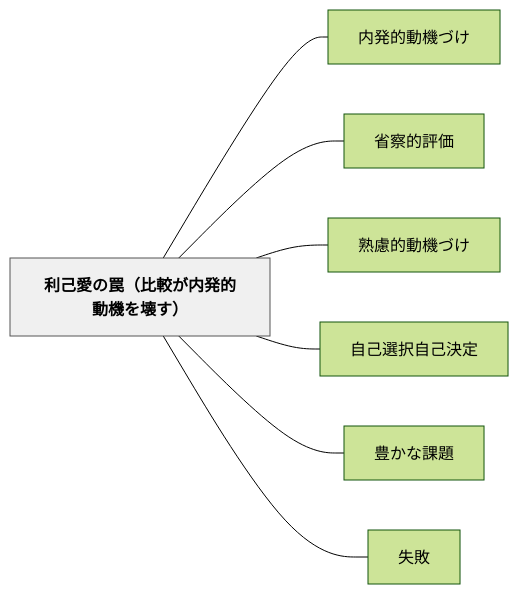
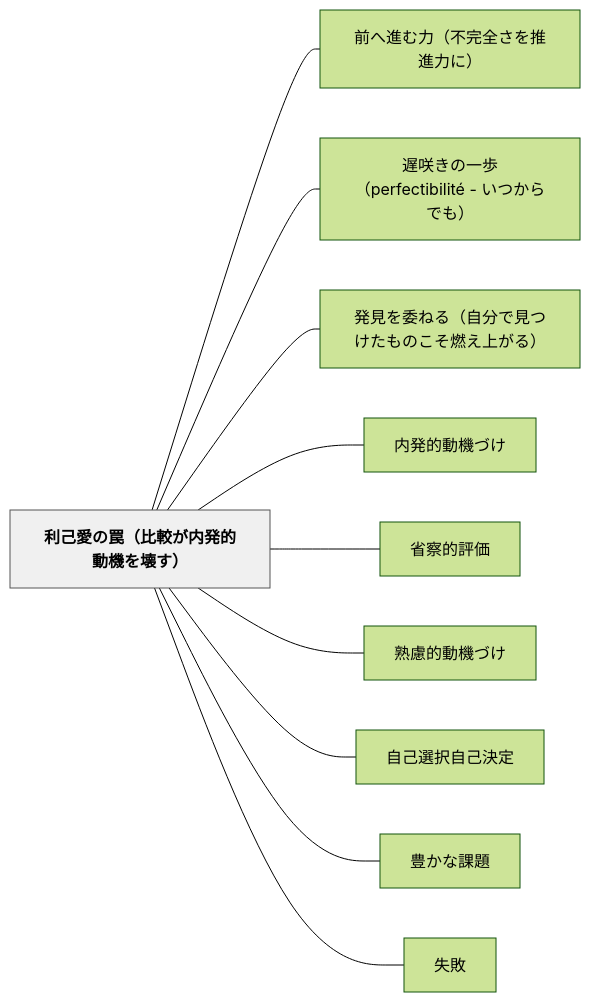
The diagram in content/パタン/利己愛の罠（比較が内発的動機を壊す）.md (unknownthings-ed-patterns/unknownthings-ed-patterns), drawn with Mermaid (forest theme) before and after one commit. The commit also changed other lines of this file and 185 other files, not shown here.

````diff
--- a/content/パタン/利己愛の罠（比較が内発的動機を壊す）.md
+++ b/content/パタン/利己愛の罠（比較が内発的動機を壊す）.md
@@ -98,20 +98,26 @@
 ```mermaid
 flowchart LR
     ne588a9e5b7b1e6849be381aee7bda0efbc88e6af94e8bc83e3818ce58685e799bae79a84e58b95e6a99fe38292e5a38ae38199efbc89["利己愛の罠（比較が内発的動機を壊す）"]
+    ne5898de381b8e980b2e38280e58a9befbc88e4b88de5ae8ce585a8e38195e38292e68ea8e980b2e58a9be381abefbc89["前へ進む力（不完全さを推進力に）"]
+    ne98185e592b2e3818de381aee4b880e6ada9efbc88706572666563746962696c6974c3a9202d20e38184e381a4e3818be38289e381a7e38282efbc89["遅咲きの一歩（perfectibilité - いつからでも）"]
+    ne799bae8a68be38292e5a794e381ade3828befbc88e887aae58886e381a7e8a68be381a4e38191e3819fe38282e381aee38193e3819de78783e38188e4b88ae3818ce3828befbc89["発見を委ねる（自分で見つけたものこそ燃え上がる）"]
     ne58685e799bae79a84e58b95e6a99fe381a5e38191["内発的動機づけ"]
     ne79c81e5af9fe79a84e8a995e4bea1["省察的評価"]
     ne7869fe685aee79a84e58b95e6a99fe381a5e38191["熟慮的動機づけ"]
     ne887aae5b7b1e981b8e68a9ee887aae5b7b1e6b1bae5ae9a["自己選択自己決定"]
     ne8b18ae3818be381aae8aab2e9a18c["豊かな課題"]
     ne5a4b1e69597["失敗"]
 
+    ne588a9e5b7b1e6849be381aee7bda0efbc88e6af94e8bc83e3818ce58685e799bae79a84e58b95e6a99fe38292e5a38ae38199efbc89 --- ne5898de381b8e980b2e38280e58a9befbc88e4b88de5ae8ce585a8e38195e38292e68ea8e980b2e58a9be381abefbc89
+    ne588a9e5b7b1e6849be381aee7bda0efbc88e6af94e8bc83e3818ce58685e799bae79a84e58b95e6a99fe38292e5a38ae38199efbc89 --- ne98185e592b2e3818de381aee4b880e6ada9efbc88706572666563746962696c6974c3a9202d20e38184e381a4e3818be38289e381a7e38282efbc89
+    ne588a9e5b7b1e6849be381aee7bda0efbc88e6af94e8bc83e3818ce58685e799bae79a84e58b95e6a99fe38292e5a38ae38199efbc89 --- ne799bae8a68be38292e5a794e381ade3828befbc88e887aae58886e381a7e8a68be381a4e38191e3819fe38282e381aee38193e3819de78783e38188e4b88ae3818ce3828befbc89
     ne588a9e5b7b1e6849be381aee7bda0efbc88e6af94e8bc83e3818ce58685e799bae79a84e58b95e6a99fe38292e5a38ae38199efbc89 --- ne58685e799bae79a84e58b95e6a99fe381a5e38191
     ne588a9e5b7b1e6849be381aee7bda0efbc88e6af94e8bc83e3818ce58685e799bae79a84e58b95e6a99fe38292e5a38ae38199efbc89 --- ne79c81e5af9fe79a84e8a995e4bea1
     ne588a9e5b7b1e6849be381aee7bda0efbc88e6af94e8bc83e3818ce58685e799bae79a84e58b95e6a99fe38292e5a38ae38199efbc89 --- ne7869fe685aee79a84e58b95e6a99fe381a5e38191
     ne588a9e5b7b1e6849be381aee7bda0efbc88e6af94e8bc83e3818ce58685e799bae79a84e58b95e6a99fe38292e5a38ae38199efbc89 --- ne887aae5b7b1e981b8e68a9ee887aae5b7b1e6b1bae5ae9a
     ne588a9e5b7b1e6849be381aee7bda0efbc88e6af94e8bc83e3818ce58685e799bae79a84e58b95e6a99fe38292e5a38ae38199efbc89 --- ne8b18ae3818be381aae8aab2e9a18c
     ne588a9e5b7b1e6849be381aee7bda0efbc88e6af94e8bc83e3818ce58685e799bae79a84e58b95e6a99fe38292e5a38ae38199efbc89 --- ne5a4b1e69597
 
     classDef hub fill:#f0f0f0,stroke:#555,color:#000,font-weight:bold
     class ne588a9e5b7b1e6849be381aee7bda0efbc88e6af94e8bc83e3818ce58685e799bae79a84e58b95e6a99fe38292e5a38ae38199efbc89 hub
 ```
````
